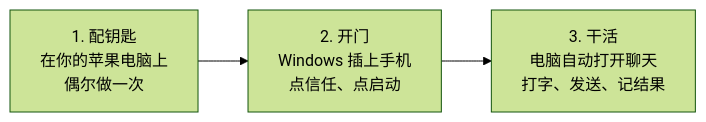
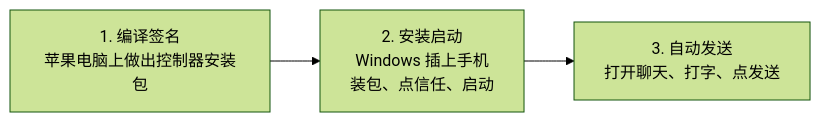
The first of 2 diagrams in docs/design/wda-end-to-end-flow.md (luobobo896/whatsapp_ai_gateway), drawn with Mermaid (forest theme) before and after one commit. The commit also changed other lines of this file and 13 other files, not shown here.

````diff
--- a/docs/design/wda-end-to-end-flow.md
+++ b/docs/design/wda-end-to-end-flow.md
@@ -26,5 +26,5 @@
 ```mermaid
 flowchart LR
-  A[1. 配钥匙<br/>在你的苹果电脑上<br/>偶尔做一次] --> B[2. 开门<br/>Windows 插上手机<br/>点信任、点启动]
-  B --> C[3. 干活<br/>电脑自动打开聊天<br/>打字、发送、记结果]
+  A[1. 编译签名<br/>苹果电脑上做出控制器安装包] --> B[2. 安装启动<br/>Windows 插上手机<br/>装包、点信任、启动]
+  B --> C[3. 自动发送<br/>打开聊天、打字、点发送]
 ```
````
